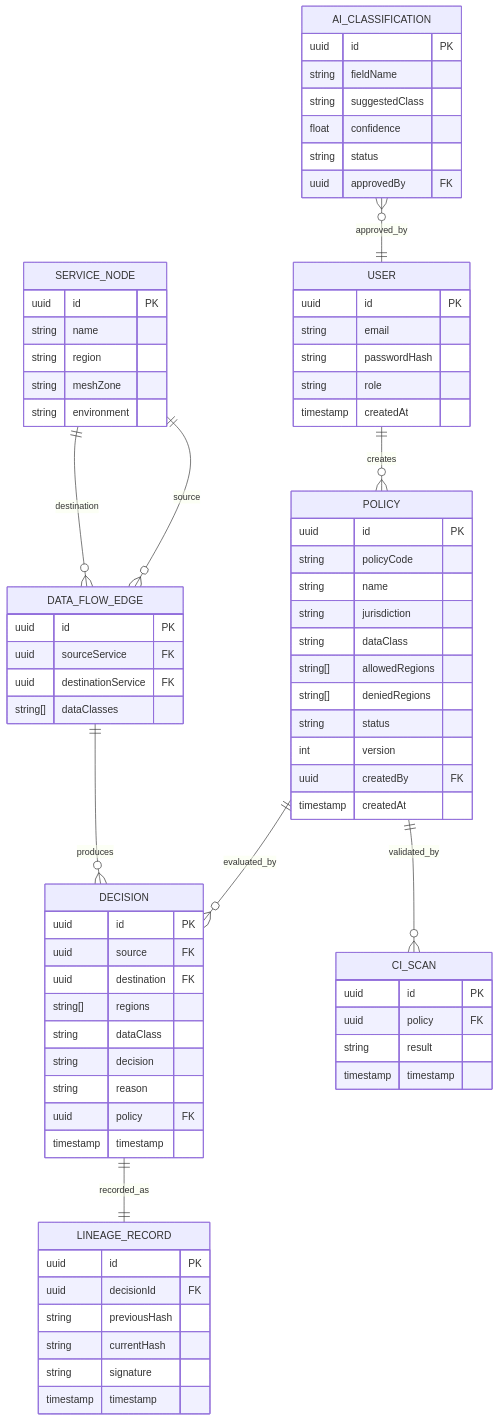
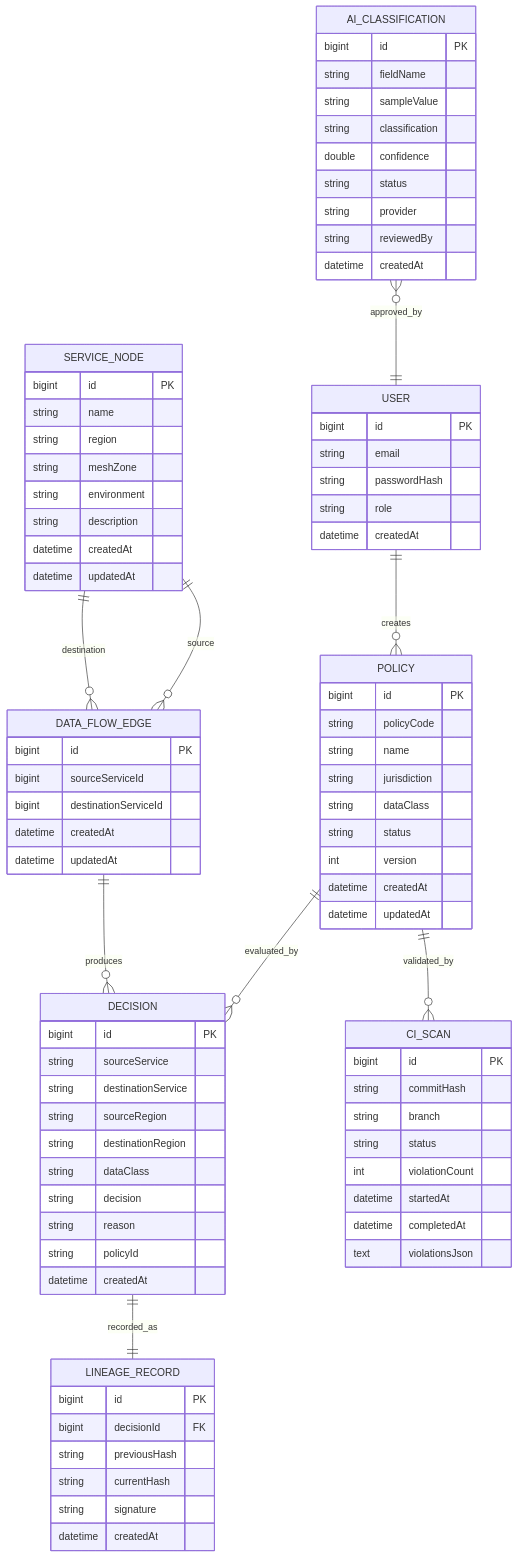
The diagram in docs/DATABASE_SCHEMA.md (VishalRajExe/PolicyMesh), drawn with Mermaid before and after one commit. The commit also changed other lines of this file and 19 other files, not shown here.

````diff
--- a/docs/DATABASE_SCHEMA.md
+++ b/docs/DATABASE_SCHEMA.md
@@ -16,69 +18,79 @@
     AI_CLASSIFICATION }o--|| USER : approved_by
 
     USER {
-        uuid id PK
+        bigint id PK
         string email
         string passwordHash
         string role
-        timestamp createdAt
+        datetime createdAt
     }
     POLICY {
-        uuid id PK
+        bigint id PK
         string policyCode
         string name
         string jurisdiction
         string dataClass
-        string[] allowedRegions
-        string[] deniedRegions
         string status
         int version
-        uuid createdBy FK
-        timestamp createdAt
+        datetime createdAt
+        datetime updatedAt
     }
     SERVICE_NODE {
-        uuid id PK
+        bigint id PK
         string name
         string region
         string meshZone
         string environment
+        string description
+        datetime createdAt
+        datetime updatedAt
     }
     DATA_FLOW_EDGE {
-        uuid id PK
-        uuid sourceService FK
-        uuid destinationService FK
-        string[] dataClasses
+        bigint id PK
+        bigint sourceServiceId
+        bigint destinationServiceId
+        datetime createdAt
+        datetime updatedAt
     }
     DECISION {
-        uuid id PK
-        uuid source FK
-        uuid destination FK
-        string[] regions
+        bigint id PK
+        string sourceService
+        string destinationService
+        string sourceRegion
+        string destinationRegion
         string dataClass
         string decision
         string reason
-        uuid policy FK
-        timestamp timestamp
+        string policyId
+        datetime createdAt
     }
     LINEAGE_RECORD {
-        uuid id PK
-        uuid decisionId FK
+        bigint id PK
+        bigint decisionId FK
         string previousHash
         string currentHash
         string signature
-        timestamp timestamp
+        datetime createdAt
     }
     CI_SCAN {
-        uuid id PK
-        uuid policy FK
-        string result
-        timestamp timestamp
+        bigint id PK
+        string commitHash
+        string branch
+        string status
+        int violationCount
+        datetime startedAt
+        datetime completedAt
+        text violationsJson
     }
     AI_CLASSIFICATION {
-        uuid id PK
+        bigint id PK
         string fieldName
-        string suggestedClass
-        float confidence
+        string sampleValue
+        string classification
+        double confidence
         string status
-        uuid approvedBy FK
+        string provider
+        string reviewedBy
+        datetime createdAt
     }
 ```
````
